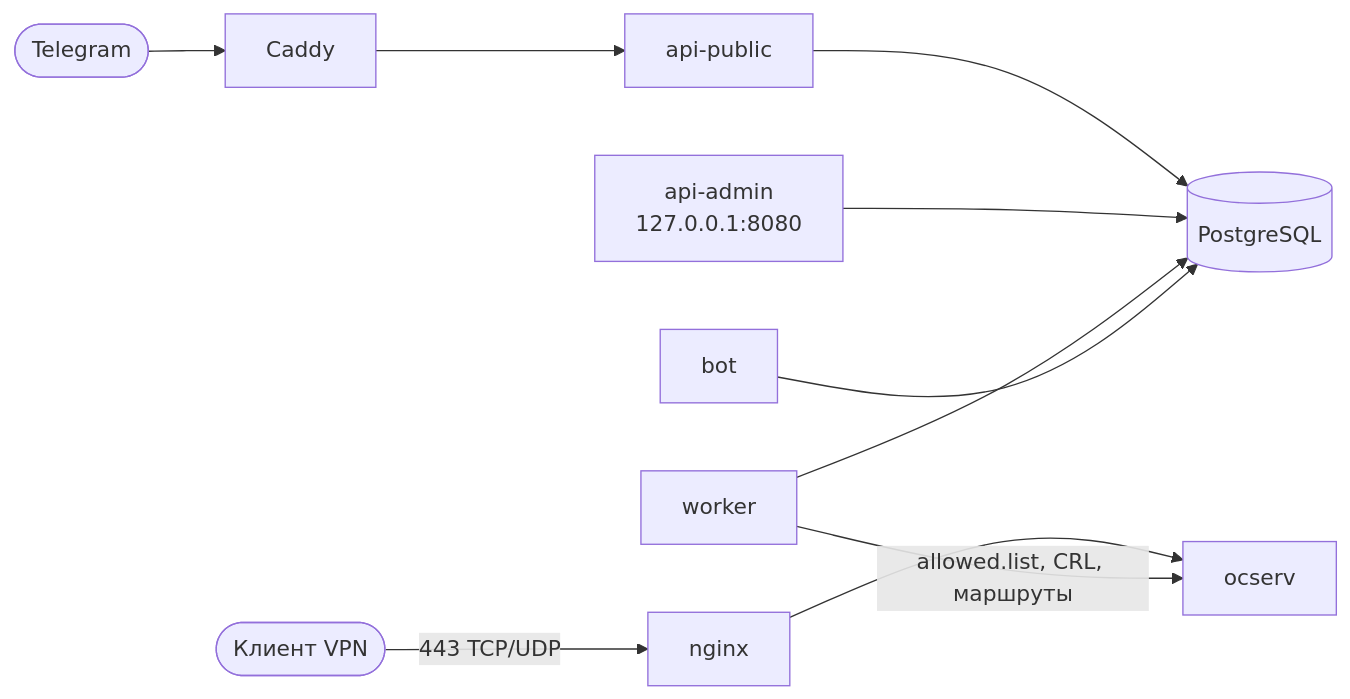
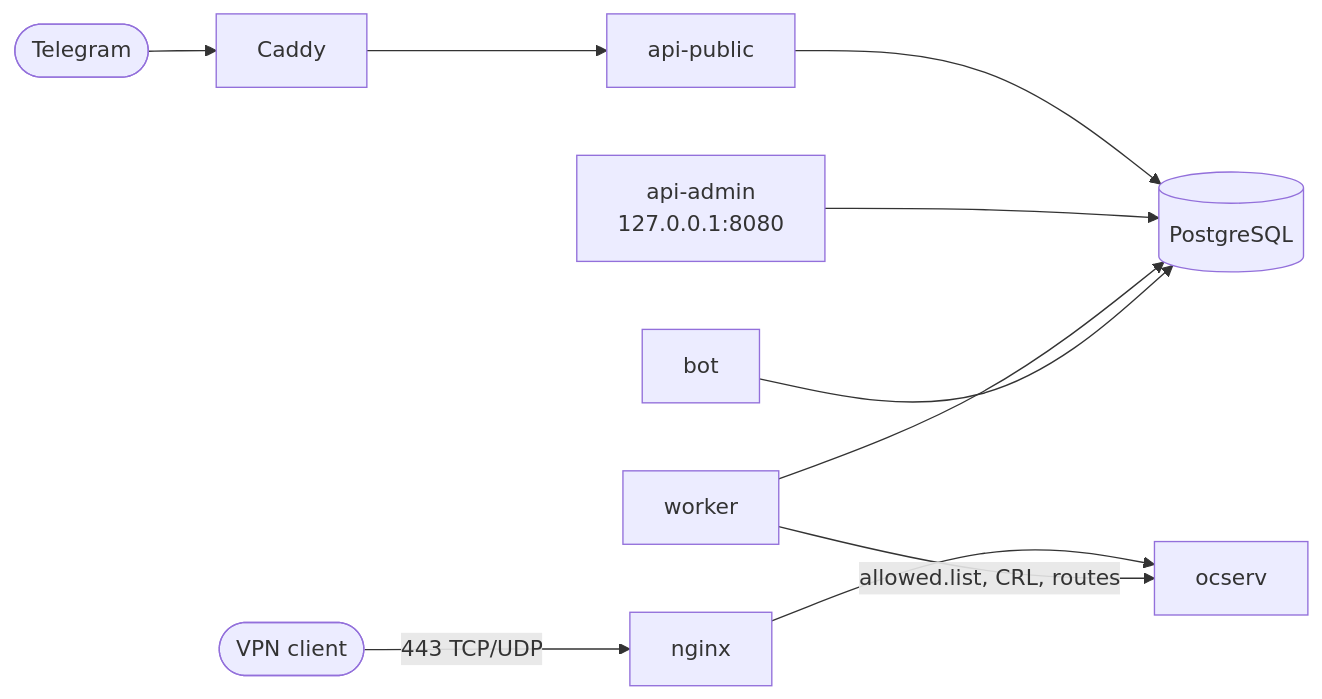
The diagram in README.md (sontiago/ocmanager), drawn with Mermaid before and after one commit. The commit also changed other lines of this file and 23 other files, not shown here.

````diff
--- a/README.md
+++ b/README.md
@@ -60,10 +62,10 @@
 ```mermaid
 flowchart LR
-    C([Клиент VPN]) -- 443 TCP/UDP --> N[nginx] --> O[ocserv]
+    C([VPN client]) -- 443 TCP/UDP --> N[nginx] --> O[ocserv]
     T([Telegram]) --> W[Caddy] --> P[api-public]
     P --> DB[(PostgreSQL)]
     A[api-admin<br/>127.0.0.1:8080] --> DB
     WK[worker] --> DB
-    WK -- allowed.list, CRL, маршруты --> O
+    WK -- allowed.list, CRL, routes --> O
     B[bot] --> DB
 ```
````
